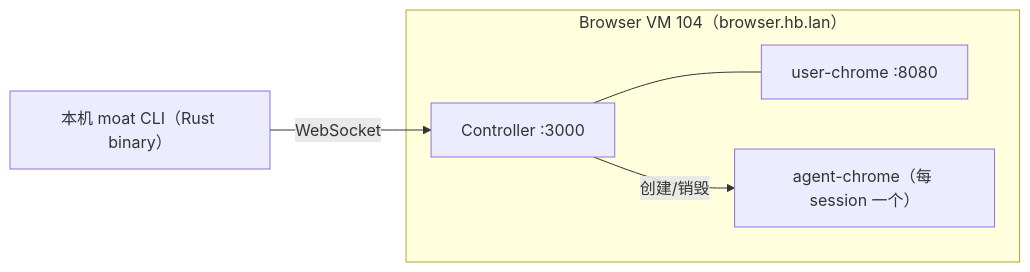
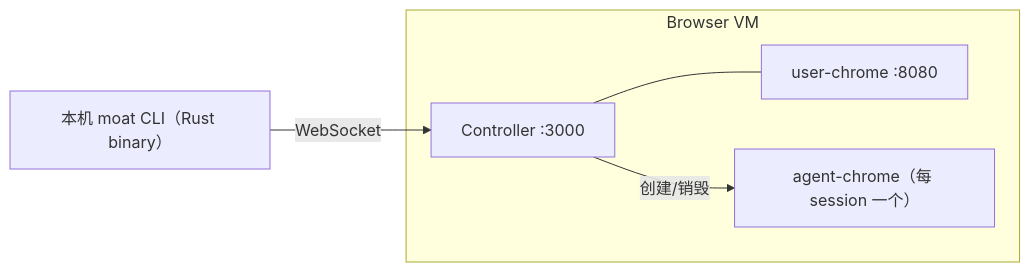
The diagram in docs/e2e-test-plan.md (mouriya-s-lab/moat-browser), drawn with Mermaid before and after one commit. The commit also changed other lines of this file and 9 other files, not shown here.

````diff
--- a/docs/e2e-test-plan.md
+++ b/docs/e2e-test-plan.md
@@ -13,11 +13,11 @@
 ```mermaid
 flowchart LR
   CLI["本机 moat CLI（Rust binary）"] -- WebSocket --> Controller
-  subgraph VM["Browser VM 104（browser.hb.lan）"]
+  subgraph VM["Browser VM"]
     Controller["Controller :3000"]
     User["user-chrome :8080"]
     Agent["agent-chrome（每 session 一个）"]
     Controller --- User
     Controller -- 创建/销毁 --> Agent
   end
 ```
````
